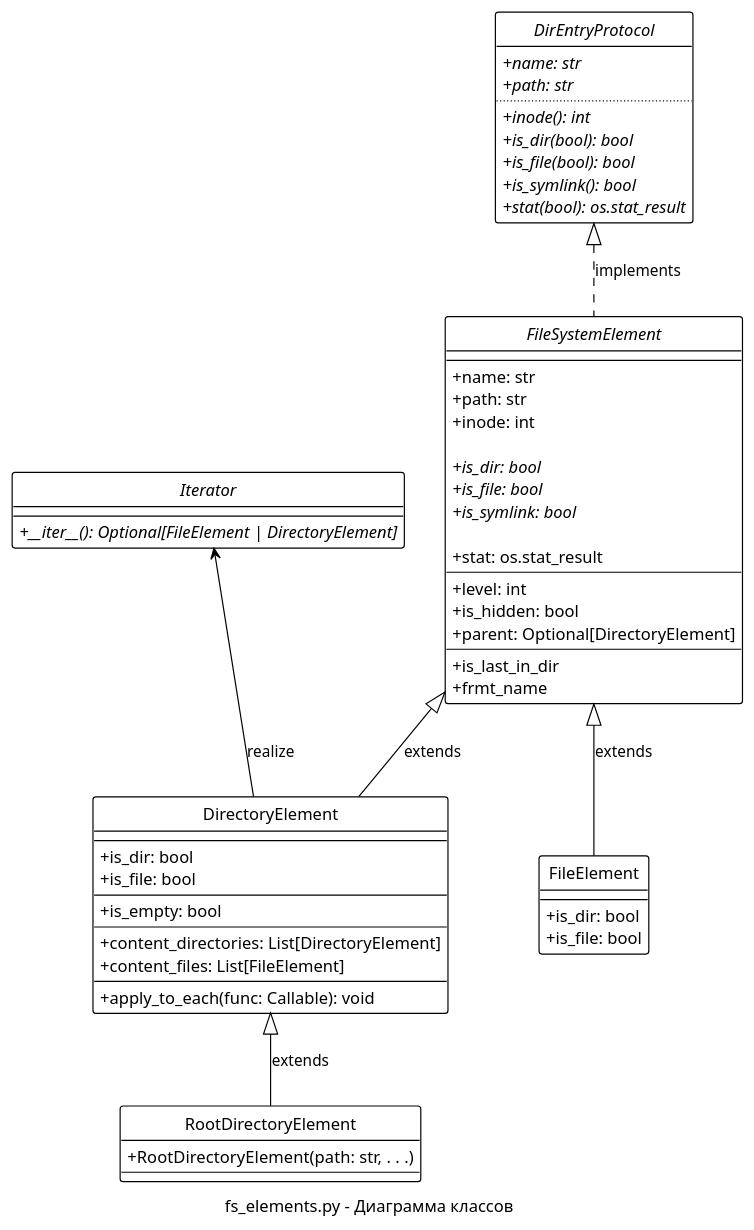
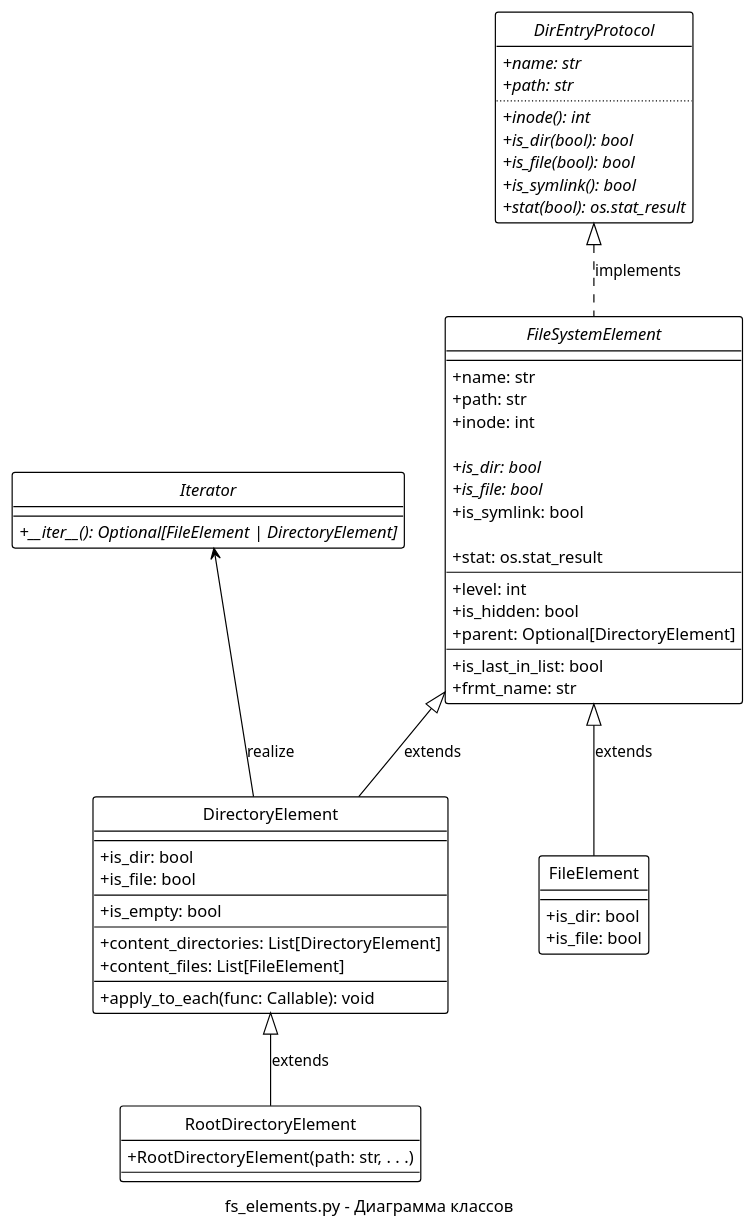
Before and after one commit to LumenGNU/ldir: the second of 3 diagrams in ldir.md, drawn with PlantUML. The commit also changed other lines of this file and 2 other files, not shown here.

````diff
--- a/ldir.md
+++ b/ldir.md
@@ -185,79 +186,79 @@
 ```plantuml
 @startuml fs_elements.py - Диаграмма классов
 
 !theme plain
 
 skinparam style strictuml
 skinparam classAttributeIconSize 0
 
 interface DirEntryProtocol {
   {abstract} +name: str
   {abstract} +path: str
   ..
   {abstract} +inode(): int
   {abstract} +is_dir(bool): bool
   {abstract} +is_file(bool): bool
   {abstract} +is_symlink(): bool
   {abstract} +stat(bool): os.stat_result
 }
 
 abstract class FileSystemElement {
   --
   +name: str
   +path: str
   +inode: int
 
   +{abstract} is_dir: bool
   +{abstract} is_file: bool
-  +{abstract} is_symlink: bool
+  +is_symlink: bool
 
   +stat: os.stat_result
   __
   +level: int
   +is_hidden: bool
   +parent: Optional[DirectoryElement]
   --
-  +is_last_in_dir
-  +frmt_name
+  +is_last_in_list: bool
+  +frmt_name: str
 }
 
 FileSystemElement .up.|> DirEntryProtocol : implements
 
 class FileElement {
   --
   +is_dir: bool
   +is_file: bool
 }
 
 FileElement -up-|> FileSystemElement  : extends
 
 class DirectoryElement {
   --
   +is_dir: bool
   +is_file: bool
   --
   +is_empty: bool
   __
   +content_directories: List[DirectoryElement]
   +content_files: List[FileElement]
   __
   +apply_to_each(func: Callable): void
 }
 
 interface Iterator {
   {abstract} +__iter__(): Optional[FileElement | DirectoryElement]
 }
 
 DirectoryElement -up-|> FileSystemElement : extends
 DirectoryElement -up-> Iterator : realize
 
 class RootDirectoryElement {
   +RootDirectoryElement(path: str, . . .)
   --
 }
 
 RootDirectoryElement -up-|> DirectoryElement : extends
 
 caption fs_elements.py - Диаграмма классов
 @enduml
 ```
````
